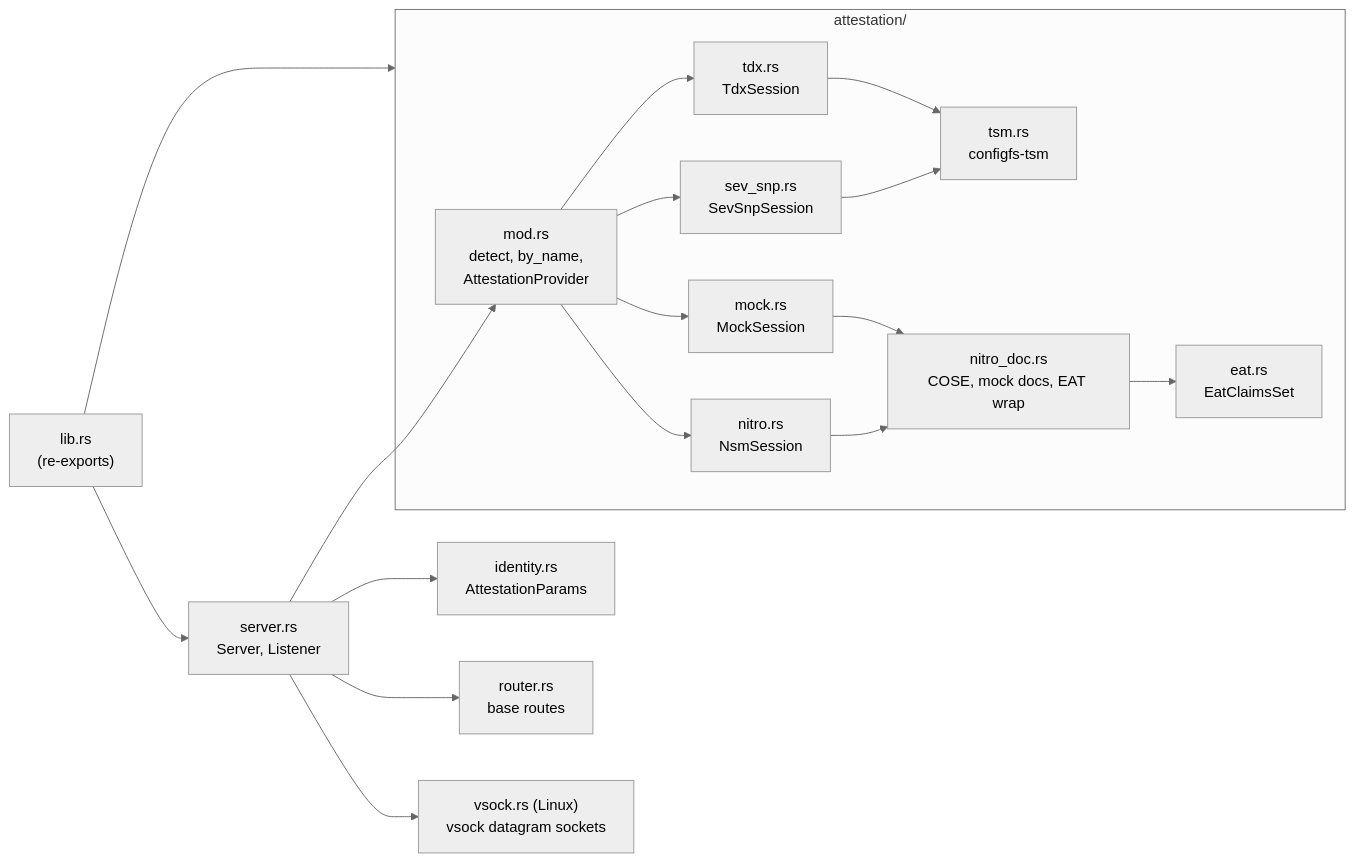
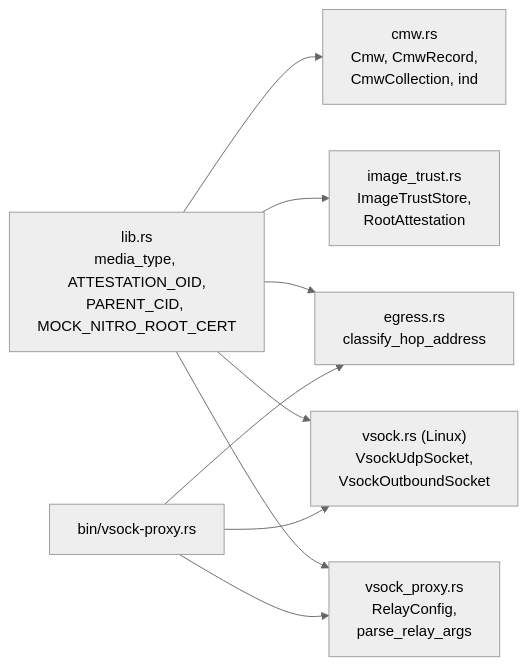
One commit to Lanetus/TTKServer changed the diagram in docs/src/core.md. Above: the diagram before and after it, drawn with Mermaid (neutral theme). The commit also changed other lines of this file and 9 other files, not shown here.

First line of the commit message:
fix: update the mdBook architecture docs to the current workspace (#76)

````diff
--- a/docs/src/core.md
+++ b/docs/src/core.md
@@ -11,31 +11,15 @@
 ```mermaid
 flowchart LR
-    lib["lib.rs<br/>(re-exports)"]
-    subgraph att["attestation/"]
-        mod["mod.rs<br/>detect, by_name,<br/>AttestationProvider"]
-        nitro["nitro.rs<br/>NsmSession"]
-        mock["mock.rs<br/>MockSession"]
-        sev["sev_snp.rs<br/>SevSnpSession"]
-        tdx["tdx.rs<br/>TdxSession"]
-        tsm["tsm.rs<br/>configfs-tsm"]
-        ndoc["nitro_doc.rs<br/>COSE, mock docs, EAT wrap"]
-        eat["eat.rs<br/>EatClaimsSet"]
-    end
-    identity["identity.rs<br/>AttestationParams"]
-    server["server.rs<br/>Server, Listener"]
-    router["router.rs<br/>base routes"]
-    vsock["vsock.rs (Linux)<br/>vsock datagram sockets"]
+    lib["lib.rs<br/>media_type, ATTESTATION_OID,<br/>PARENT_CID, MOCK_NITRO_ROOT_CERT"]
+    cmw["cmw.rs<br/>Cmw, CmwRecord,<br/>CmwCollection, ind"]
+    img["image_trust.rs<br/>ImageTrustStore,<br/>RootAttestation"]
+    egress["egress.rs<br/>classify_hop_address"]
+    vsock["vsock.rs (Linux)<br/>VsockUdpSocket,<br/>VsockOutboundSocket"]
+    vpc["vsock_proxy.rs<br/>RelayConfig,<br/>parse_relay_args"]
+    bin["bin/vsock-proxy.rs"]
 
-    lib --> att
-    lib --> server
-    server --> mod
-    server --> router
-    server --> vsock
-    server --> identity
-    mod --> nitro & mock & sev & tdx
-    nitro --> ndoc
-    mock --> ndoc
-    sev --> tsm
-    tdx --> tsm
-    ndoc --> eat
+    lib --> cmw & img & egress & vsock & vpc
+    bin --> vpc
+    bin --> vsock
+    bin --> egress
 ```
````
